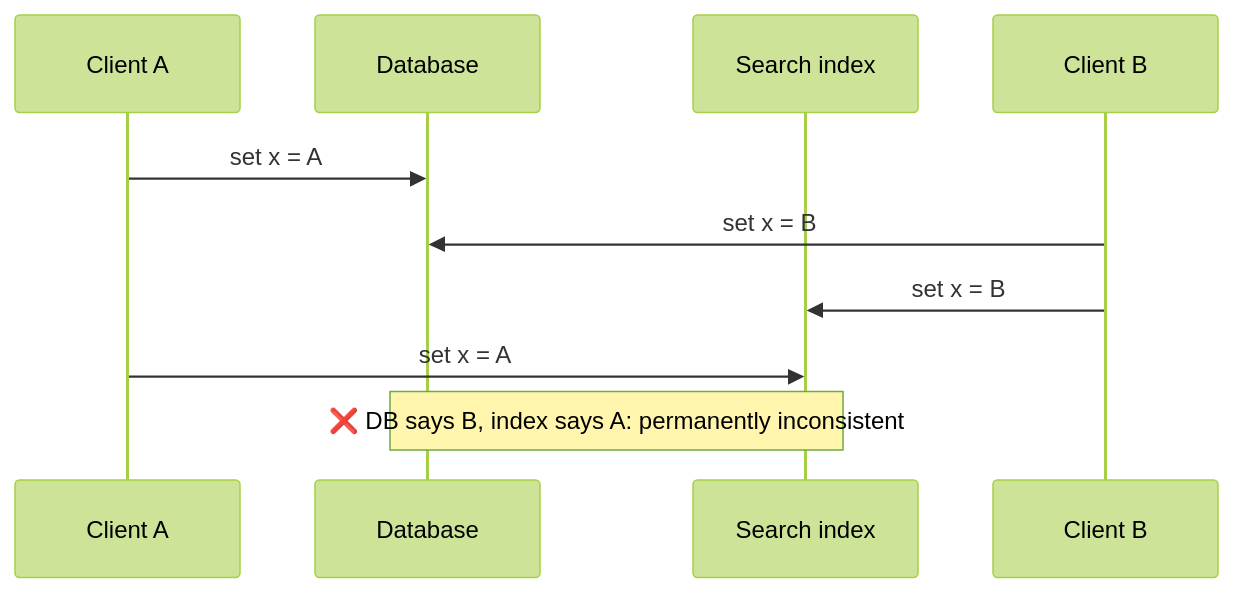
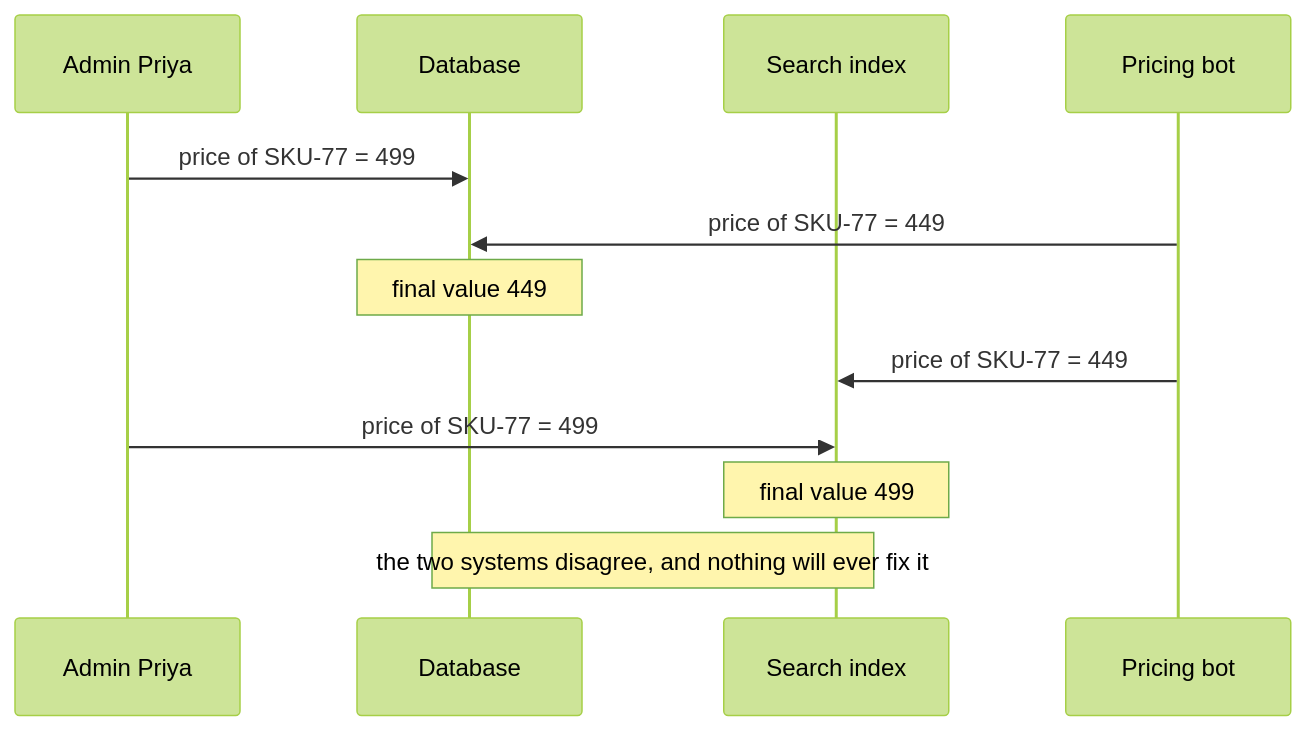
Before and after one commit to pratikguru998/ddia-book: the eighth of 29 diagrams in docs/chapters/part-3/11-stream-processing.mdx, drawn with Mermaid (forest theme). The commit also changed other lines of this file and 13 other files, not shown here.

Commit message:
Expand all 12 chapters: every book subsection, deeper notes, ~320 diagrams

````diff
--- a/docs/chapters/part-3/11-stream-processing.mdx
+++ b/docs/chapters/part-3/11-stream-processing.mdx
@@ -62,12 +379,14 @@
 ```mermaid
 sequenceDiagram
-  participant A as Client A
+  participant A as Admin Priya
   participant DB as Database
-  participant S as Search index
-  participant B as Client B
-  A->>DB: set x = A
-  B->>DB: set x = B
-  B->>S: set x = B
-  A->>S: set x = A
-  Note over DB,S: ❌ DB says B, index says A: permanently inconsistent
+  participant IX as Search index
+  participant B as Pricing bot
+  A->>DB: price of SKU-77 = 499
+  B->>DB: price of SKU-77 = 449
+  Note over DB: final value 449
+  B->>IX: price of SKU-77 = 449
+  A->>IX: price of SKU-77 = 499
+  Note over IX: final value 499
+  Note over DB,IX: the two systems disagree, and nothing will ever fix it
 ```
````
